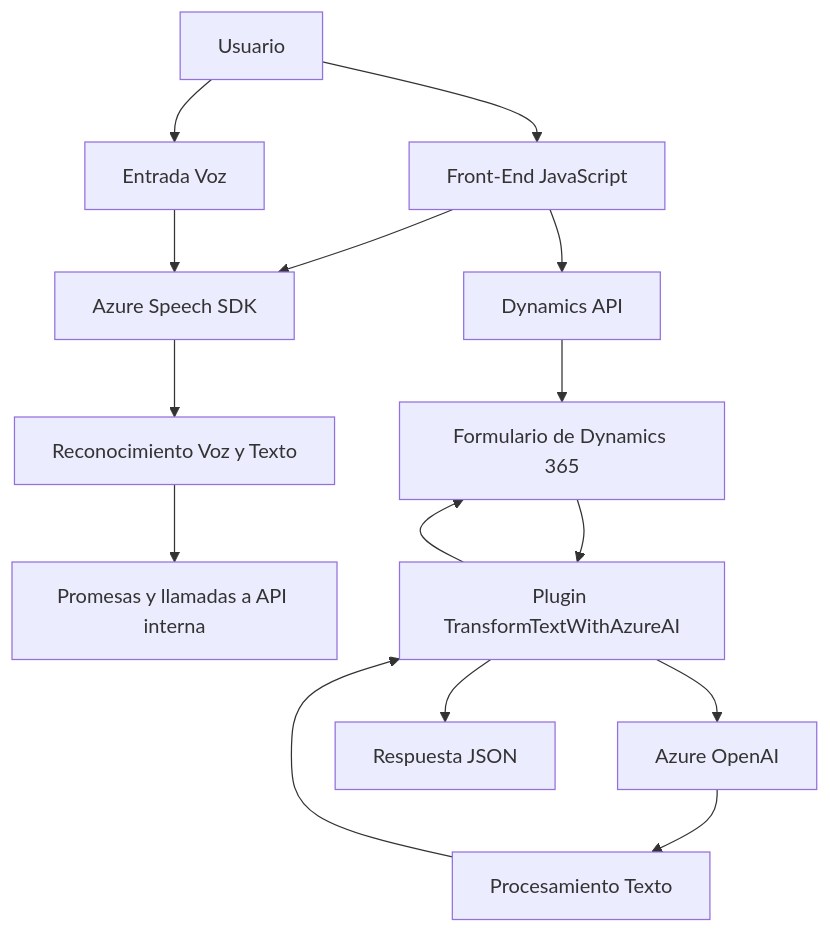
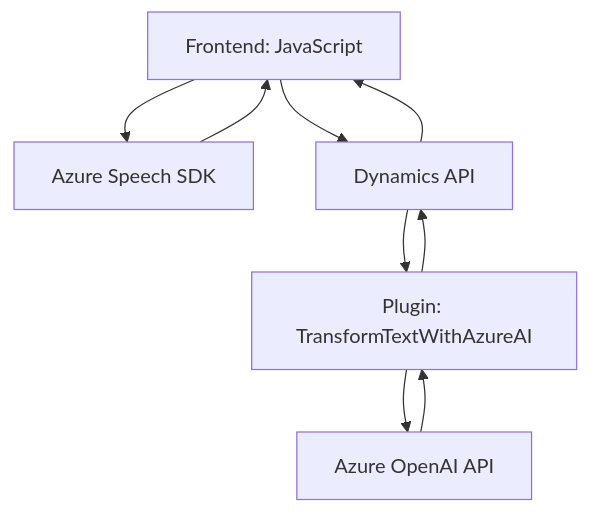
The diagram in README.md (blopezdm/NETCORE_BILBAO2025), drawn with Mermaid before and after one commit. The commit also changed other lines of this file, not shown here.

````diff
--- a/README.md
+++ b/README.md
@@ -56,17 +33,17 @@
 ```mermaid
 graph TD
-A["Usuario"] --> B["Front-End JavaScript"]
-B --> C["Azure Speech SDK"]
-B --> D["Dynamics API"]
-D --> E["Formulario de Dynamics 365"]
-A --> F["Entrada Voz"]
-F --> C
-C --> G["Reconocimiento Voz y Texto"]
-G --> H["Promesas y llamadas a API interna"]
-E --> I["Plugin TransformTextWithAzureAI"]
-I --> J["Azure OpenAI"]
-J --> K["Procesamiento Texto"]
-K --> I
-I --> L["Respuesta JSON"]
-I --> E
+    A["Frontend: JavaScript"]
+    B["Azure Speech SDK"]
+    C["Dynamics API"]
+    D["Plugin: TransformTextWithAzureAI"]
+    E["Azure OpenAI API"]
+
+    A --> B
+    A --> C
+    B --> A
+    C --> A
+    C --> D
+    D --> C
+    D --> E
+    E --> D
 ```
````
